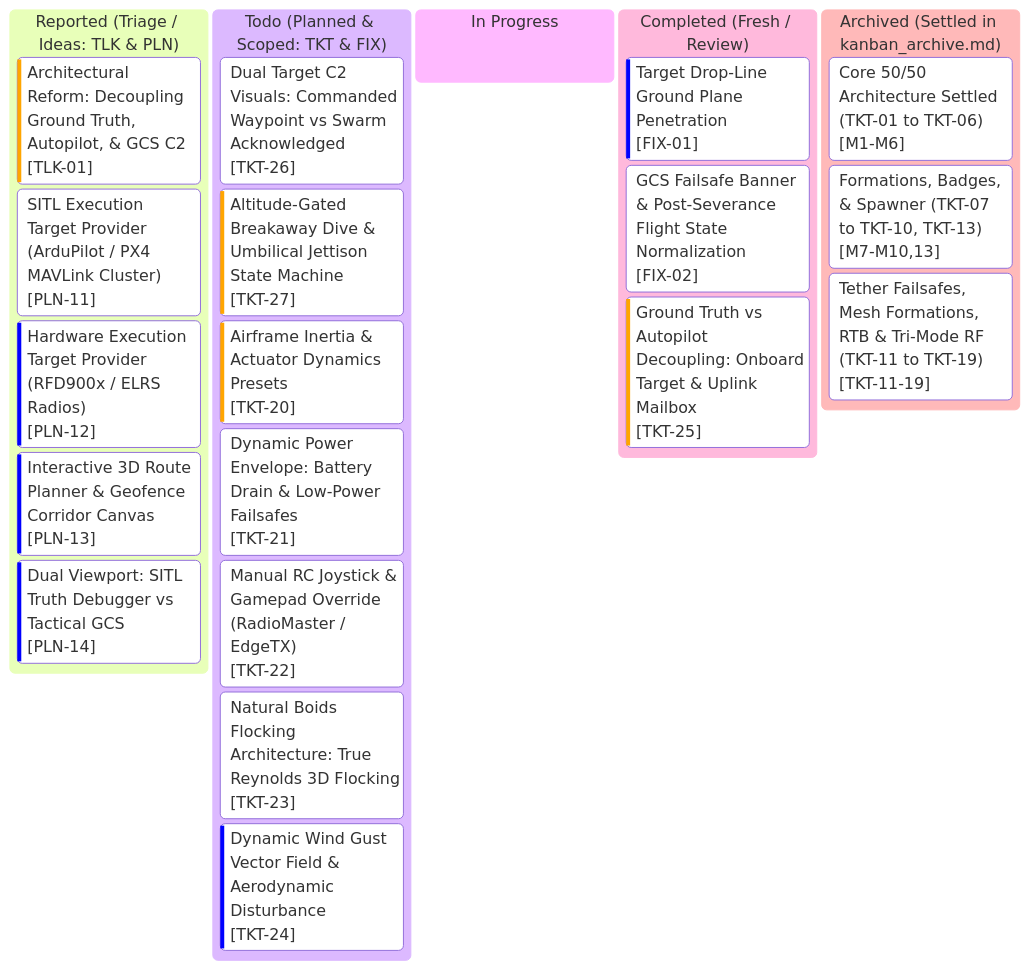
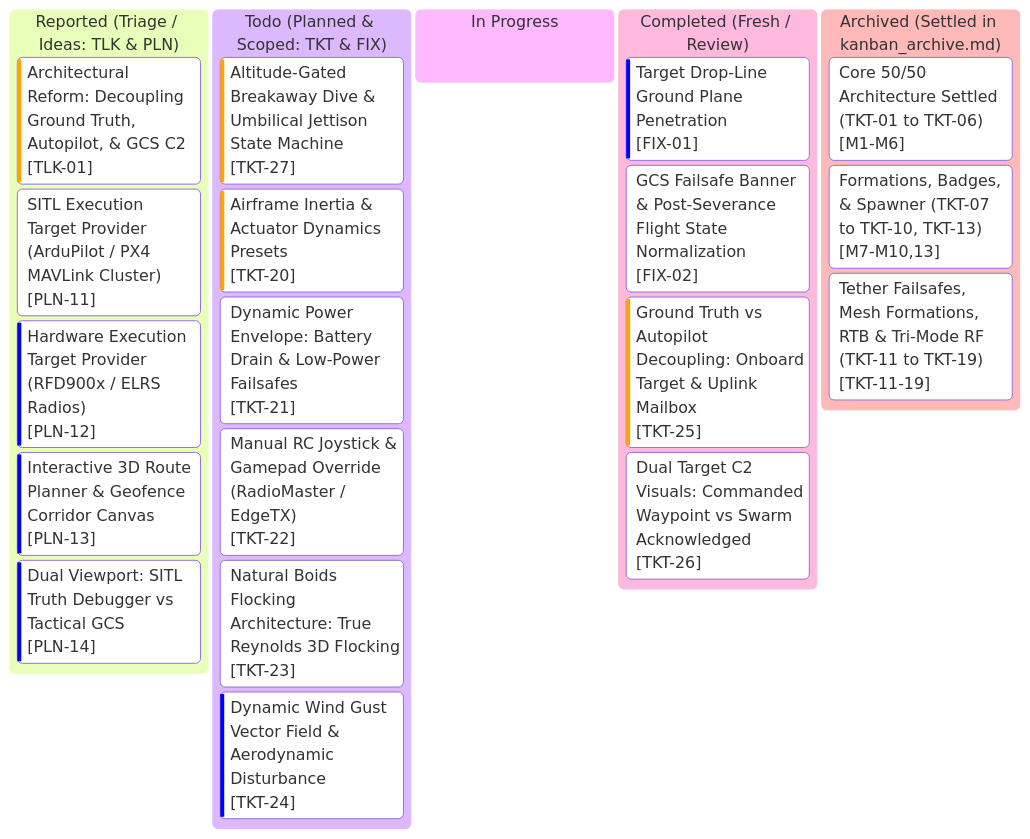
The diagram in kanban.md (AlitheiaDeus/SwarmTech_v3-Uprising), drawn with Mermaid before and after one commit. The commit also changed other lines of this file and 4 other files, not shown here.

Commit message:
feat(gcs): implement TKT-26 dual target C2 visuals with commanded reticle and acknowledged beacon

````diff
--- a/kanban.md
+++ b/kanban.md
@@ -10,46 +10,46 @@
 ```mermaid
 %%{init: {
   'theme': 'base',
   'themeVariables': {
     'primaryColor': '#0d2235',
     'primaryTextColor': '#d4f4ff',
     'primaryBorderColor': '#00f0ff',
     'lineColor': '#00f0ff',
     'background': '#061019',
     'mainBkg': '#0a1926',
     'secondaryColor': '#081420',
     'secondaryTextColor': '#5a7e96',
     'secondaryBorderColor': '#134e6f',
     'tertiaryColor': '#0e263d',
     'tertiaryTextColor': '#00ffaa',
     'tertiaryBorderColor': '#00ffaa',
     'clusterBkg': '#081420',
     'clusterBorder': '#134e6f',
     'fontFamily': "'JetBrains Mono', 'Courier New', monospace"
   }
 }}%%
 kanban
   reported["Reported (Triage / Ideas: TLK & PLN)"]
     tlk01["Architectural Reform: Decoupling Ground Truth, Autopilot, & GCS C2"]@{ ticket: '[TLK-01]', priority: 'High' }
     pln11["SITL Execution Target Provider (ArduPilot / PX4 MAVLink Cluster)"]@{ ticket: '[PLN-11]', priority: 'Medium' }
     pln12["Hardware Execution Target Provider (RFD900x / ELRS Radios)"]@{ ticket: '[PLN-12]', priority: 'Low' }
     pln13["Interactive 3D Route Planner & Geofence Corridor Canvas"]@{ ticket: '[PLN-13]', priority: 'Low' }
     pln14["Dual Viewport: SITL Truth Debugger vs Tactical GCS"]@{ ticket: '[PLN-14]', priority: 'Low' }
   todo["Todo (Planned & Scoped: TKT & FIX)"]
-    tkt26["Dual Target C2 Visuals: Commanded Waypoint vs Swarm Acknowledged"]@{ ticket: '[TKT-26]', priority: 'Medium' }
     tkt27["Altitude-Gated Breakaway Dive & Umbilical Jettison State Machine"]@{ ticket: '[TKT-27]', priority: 'High' }
     tkt20["Airframe Inertia & Actuator Dynamics Presets"]@{ ticket: '[TKT-20]', priority: 'High' }
     tkt21["Dynamic Power Envelope: Battery Drain & Low-Power Failsafes"]@{ ticket: '[TKT-21]', priority: 'Medium' }
     tkt22["Manual RC Joystick & Gamepad Override (RadioMaster / EdgeTX)"]@{ ticket: '[TKT-22]', priority: 'Medium' }
     tkt23["Natural Boids Flocking Architecture: True Reynolds 3D Flocking"]@{ ticket: '[TKT-23]', priority: 'Medium' }
     tkt24["Dynamic Wind Gust Vector Field & Aerodynamic Disturbance"]@{ ticket: '[TKT-24]', priority: 'Low' }
   in_progress["In Progress"]
   completed["Completed (Fresh / Review)"]
     fix01["Target Drop-Line Ground Plane Penetration"]@{ ticket: '[FIX-01]', priority: 'Low' }
     fix02["GCS Failsafe Banner & Post-Severance Flight State Normalization"]@{ ticket: '[FIX-02]', priority: 'Medium' }
     tkt25["Ground Truth vs Autopilot Decoupling: Onboard Target & Uplink Mailbox"]@{ ticket: '[TKT-25]', priority: 'High' }
+    tkt26["Dual Target C2 Visuals: Commanded Waypoint vs Swarm Acknowledged"]@{ ticket: '[TKT-26]', priority: 'Medium' }
   archived["Archived (Settled in kanban_archive.md)"]
     arch_m1_6["Core 50/50 Architecture Settled (TKT-01 to TKT-06)"]@{ ticket: '[M1-M6]' }
     arch_m7_10_13["Formations, Badges, & Spawner (TKT-07 to TKT-10, TKT-13)"]@{ ticket: '[M7-M10,13]' }
     arch_m11_19["Tether Failsafes, Mesh Formations, RTB & Tri-Mode RF (TKT-11 to TKT-19)"]@{ ticket: '[TKT-11-19]' }
 ```
````
